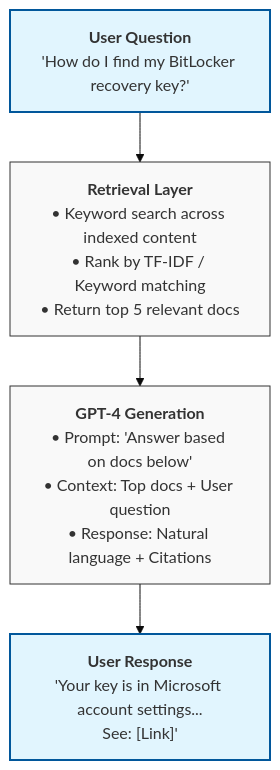
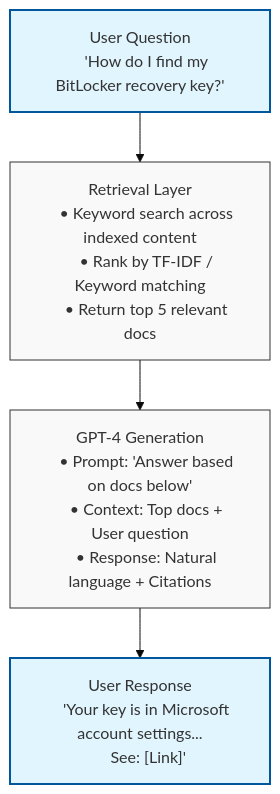
The diagram in _posts/2025-04-17-microsoft-chatbot.md (tommygarner/tommygarner.github.io), drawn with Mermaid (base theme) before and after one commit. The commit also changed other lines of this file, not shown here.

```diff
--- a/_posts/2025-04-17-microsoft-chatbot.md
+++ b/_posts/2025-04-17-microsoft-chatbot.md
@@ -157,20 +170,29 @@
-<div class="mermaid" style="padding-bottom: 50px;">
+<div class="mermaid">
 graph TD
     %% Define Node Styles
     classDef default fill:#f9f9f9,stroke:#333,stroke-width:1px;
     classDef highlight fill:#e1f5fe,stroke:#01579b,stroke-width:2px;
 
-    %% Nodes
-    A["<b>User Question</b><br/>'How do I find my BitLocker recovery key?'"]:::highlight
+    %% Nodes using standard strings to avoid syntax errors
+    A["User Question
+    'How do I find my BitLocker recovery key?'"]:::highlight
     
-    B["<b>Retrieval Layer</b><br/>• Keyword search across indexed content<br/>• Rank by TF-IDF / Keyword matching<br/>• Return top 5 relevant docs"]
+    B["Retrieval Layer
+    • Keyword search across indexed content
+    • Rank by TF-IDF / Keyword matching
+    • Return top 5 relevant docs"]
     
-    C["<b>GPT-4 Generation</b><br/>• Prompt: 'Answer based on docs below'<br/>• Context: Top docs + User question<br/>• Response: Natural language + Citations"]
+    C["GPT-4 Generation
+    • Prompt: 'Answer based on docs below'
+    • Context: Top docs + User question
+    • Response: Natural language + Citations"]
     
-    D["<b>User Response</b><br/>'Your key is in Microsoft account settings...<br/>See: [Link]'"]:::highlight
+    D["User Response
+    'Your key is in Microsoft account settings...
+    See: [Link]'"]:::highlight
 
     %% Connections
     A --> B
     B --> C
     C --> D
 </div>
```
